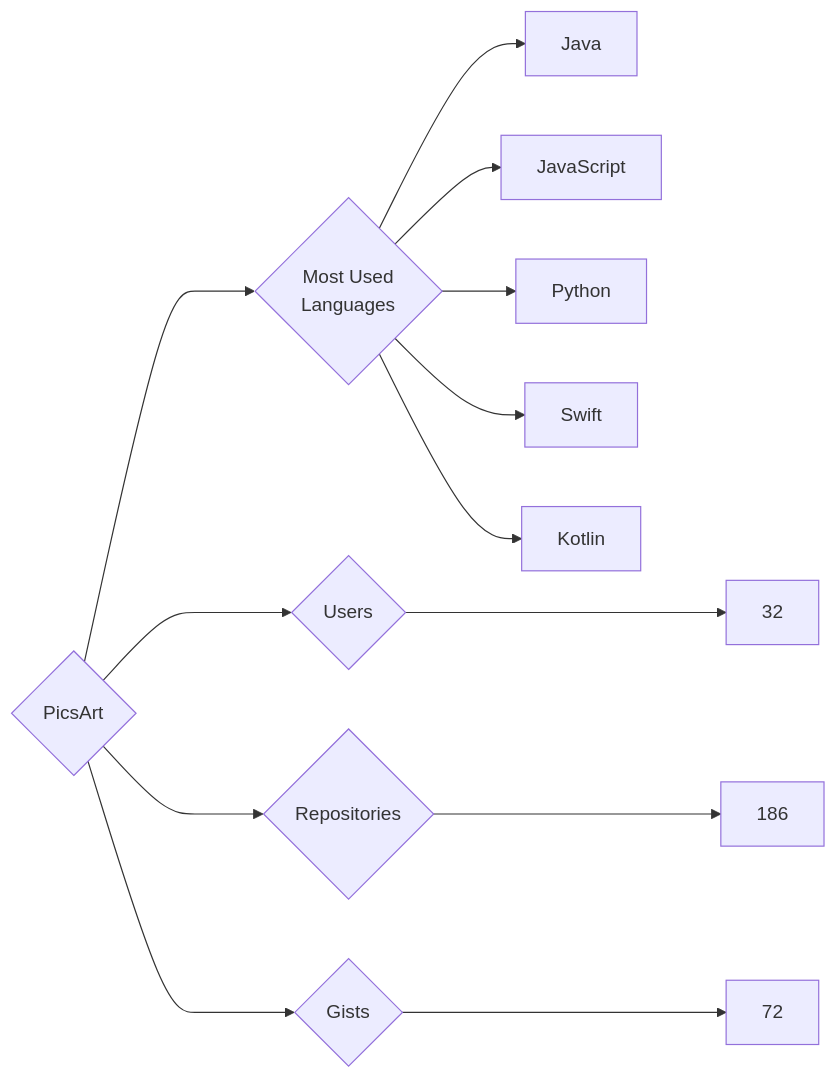
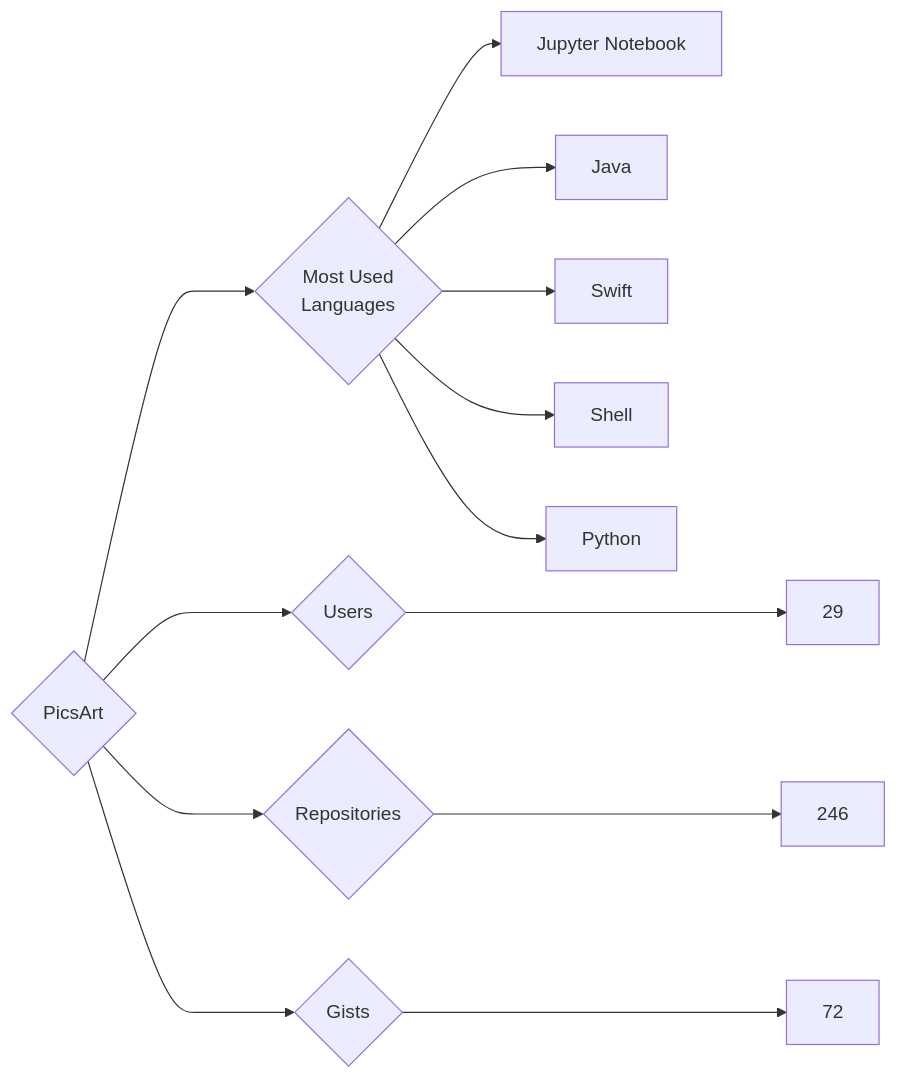
One commit to trickest/insiders changed the diagram in targets/PicsArt/README.md. Above: the diagram before and after it, drawn with Mermaid. The commit also changed 681 other files, not shown here.

````diff
--- a/targets/PicsArt/README.md
+++ b/targets/PicsArt/README.md
@@ -3,13 +3,13 @@
 ```mermaid
 graph LR
 COMPANY_NAME{PicsArt}
-COMPANY_NAME ---> U{Users} ---> UN[32]
-COMPANY_NAME ---> R{Repositories} ---> RN[186]
+COMPANY_NAME ---> U{Users} ---> UN[29]
+COMPANY_NAME ---> R{Repositories} ---> RN[246]
 COMPANY_NAME ---> G{Gists} ---> GN[72]
 COMPANY_NAME ---> ML{Most Used<br>Languages}
+ML --> Jupyter_Notebook[Jupyter Notebook]
 ML --> Java[Java]
-ML --> JavaScript[JavaScript]
+ML --> Swift[Swift]
+ML --> Shell[Shell]
 ML --> Python[Python]
-ML --> Swift[Swift]
-ML --> Kotlin[Kotlin]
 ```
````
